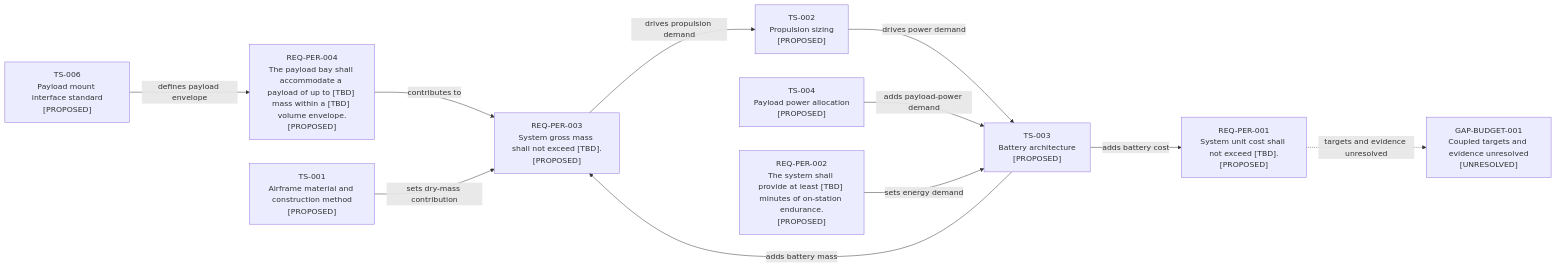
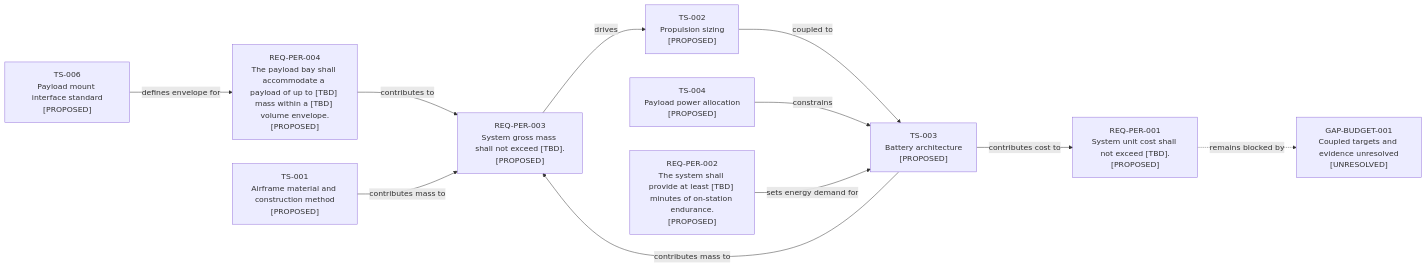
One commit to noahstephenson/low-cost-relay-uas changed diagram 18 of 22 in reports/architecture-views.md. Above: the diagram before and after it, drawn with Mermaid. The commit also changed other lines of this file and 11 other files, not shown here.

````diff
--- a/reports/architecture-views.md
+++ b/reports/architecture-views.md
@@ -422,24 +423,24 @@
 ```mermaid
 flowchart LR
     %% Configuration scope: CFG-REP / CFG-DOM
     REQ_PER_004["REQ-PER-004<br/>The payload bay shall accommodate a payload of up to [TBD] mass within a [TBD] volume envelope.<br/>[PROPOSED]"]
     TS_006["TS-006<br/>Payload mount interface standard<br/>[PROPOSED]"]
     TS_001["TS-001<br/>Airframe material and construction method<br/>[PROPOSED]"]
     REQ_PER_003["REQ-PER-003<br/>System gross mass shall not exceed [TBD].<br/>[PROPOSED]"]
     TS_002["TS-002<br/>Propulsion sizing<br/>[PROPOSED]"]
     TS_004["TS-004<br/>Payload power allocation<br/>[PROPOSED]"]
     REQ_PER_002["REQ-PER-002<br/>The system shall provide at least [TBD] minutes of on-station endurance.<br/>[PROPOSED]"]
     TS_003["TS-003<br/>Battery architecture<br/>[PROPOSED]"]
     REQ_PER_001["REQ-PER-001<br/>System unit cost shall not exceed [TBD].<br/>[PROPOSED]"]
     GAP_BUDGET_001["GAP-BUDGET-001<br/>Coupled targets and evidence unresolved<br/>[UNRESOLVED]"]
-    TS_006 -->|"defines payload envelope"| REQ_PER_004
     REQ_PER_004 -->|"contributes to"| REQ_PER_003
-    TS_001 -->|"sets dry-mass contribution"| REQ_PER_003
-    REQ_PER_003 -->|"drives propulsion demand"| TS_002
-    TS_002 -->|"drives power demand"| TS_003
-    TS_004 -->|"adds payload-power demand"| TS_003
-    REQ_PER_002 -->|"sets energy demand"| TS_003
-    TS_003 -->|"adds battery mass"| REQ_PER_003
-    TS_003 -->|"adds battery cost"| REQ_PER_001
-    REQ_PER_001 -.->|"targets and evidence unresolved"| GAP_BUDGET_001
+    TS_002 -->|"coupled to"| TS_003
+    TS_004 -->|"constrains"| TS_003
+    TS_006 -->|"defines envelope for"| REQ_PER_004
+    TS_001 -->|"contributes mass to"| REQ_PER_003
+    REQ_PER_003 -->|"drives"| TS_002
+    REQ_PER_002 -->|"sets energy demand for"| TS_003
+    TS_003 -->|"contributes mass to"| REQ_PER_003
+    TS_003 -->|"contributes cost to"| REQ_PER_001
+    REQ_PER_001 -.->|"remains blocked by"| GAP_BUDGET_001
 ```
````
